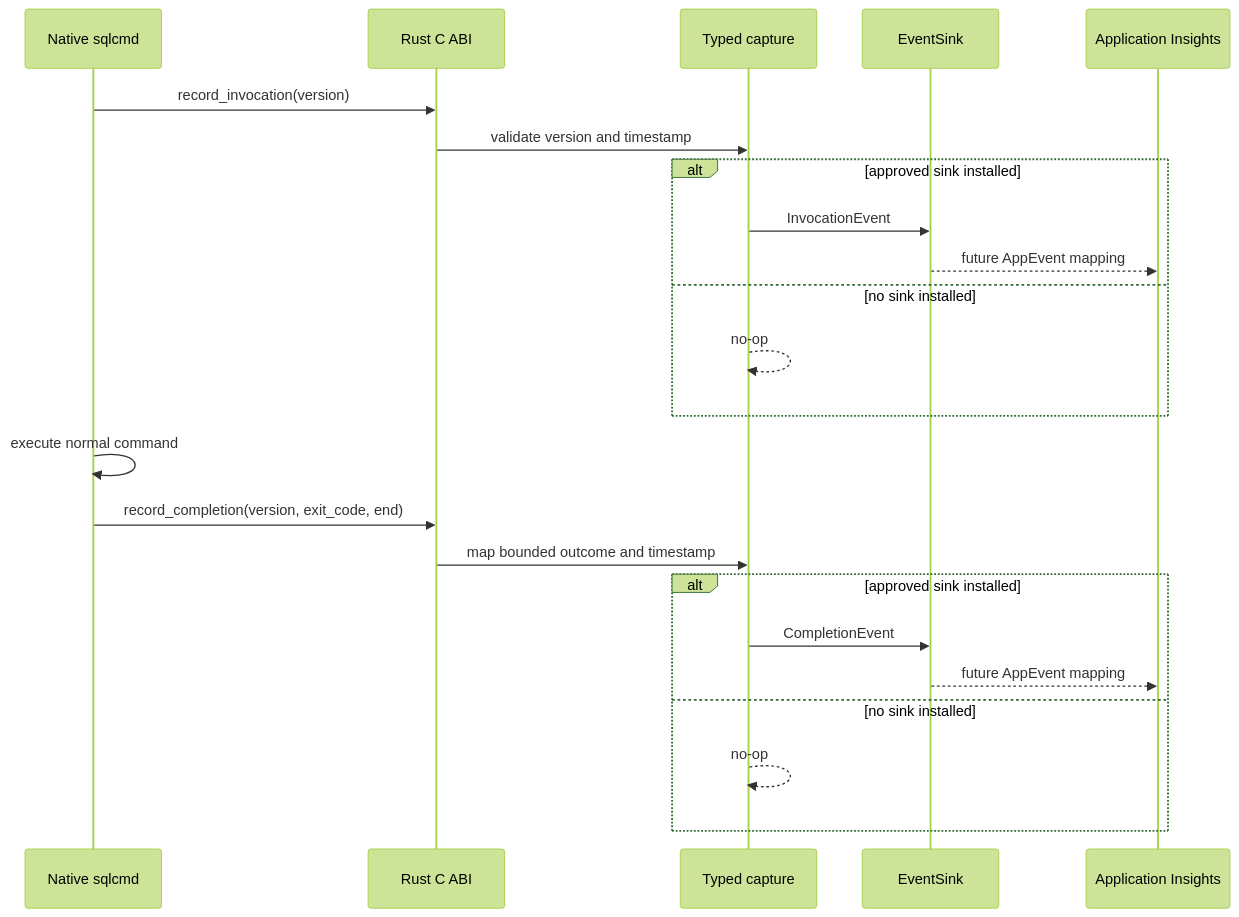
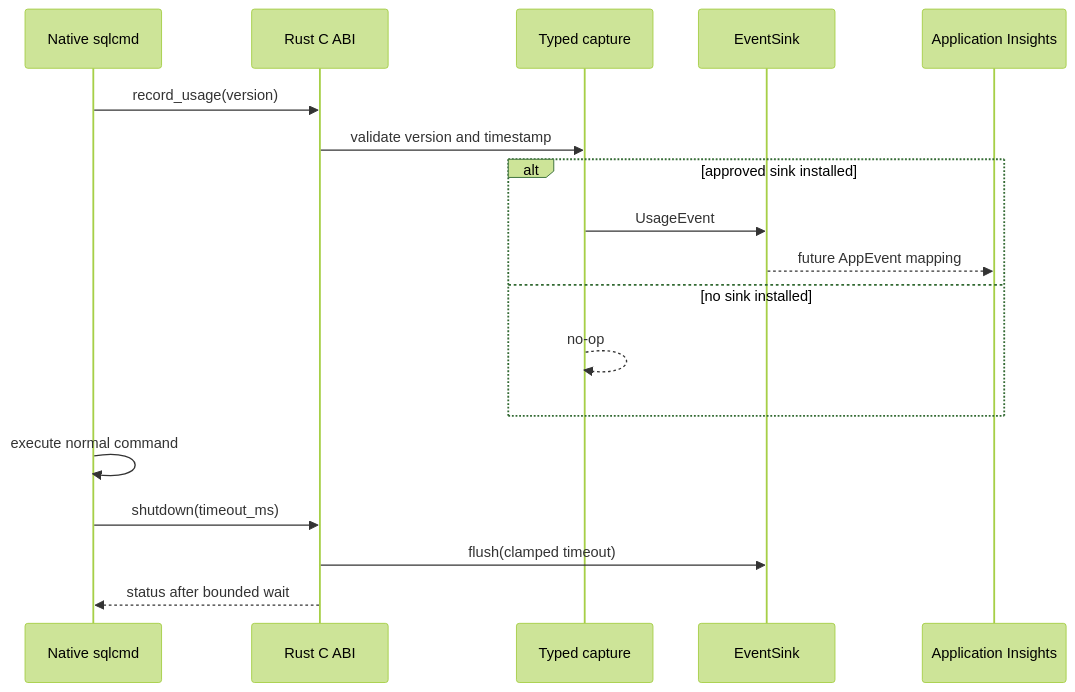
One commit to microsoft/mssql-rs changed the second of 3 diagrams in mssql-sqlcmd/docs/telemetry.md. Above: the diagram before and after it, drawn with Mermaid (forest theme). The commit also changed other lines of this file and 4 other files, not shown here.

````diff
--- a/mssql-sqlcmd/docs/telemetry.md
+++ b/mssql-sqlcmd/docs/telemetry.md
@@ -52,27 +51,22 @@
 ```mermaid
 sequenceDiagram
     participant Main as Native sqlcmd
     participant ABI as Rust C ABI
     participant Capture as Typed capture
     participant Sink as EventSink
     participant AI as Application Insights
 
-    Main->>ABI: record_invocation(version)
+    Main->>ABI: record_usage(version)
     ABI->>Capture: validate version and timestamp
     alt approved sink installed
-        Capture->>Sink: InvocationEvent
+        Capture->>Sink: UsageEvent
         Sink-->>AI: future AppEvent mapping
     else no sink installed
         Capture-->>Capture: no-op
     end
 
     Main->>Main: execute normal command
-    Main->>ABI: record_completion(version, exit_code, end)
-    ABI->>Capture: map bounded outcome and timestamp
-    alt approved sink installed
-        Capture->>Sink: CompletionEvent
-        Sink-->>AI: future AppEvent mapping
-    else no sink installed
-        Capture-->>Capture: no-op
-    end
+    Main->>ABI: shutdown(timeout_ms)
+    ABI->>Sink: flush(clamped timeout)
+    ABI-->>Main: status after bounded wait
 ```
````
